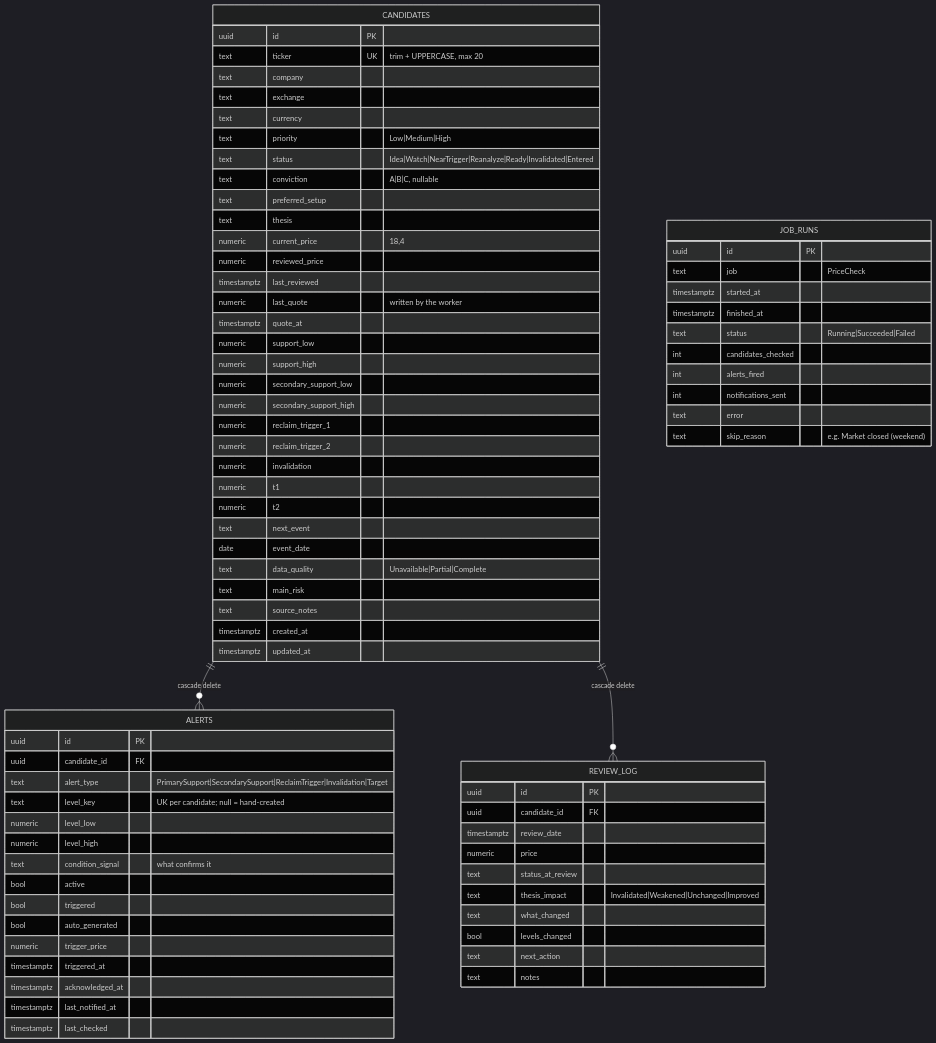
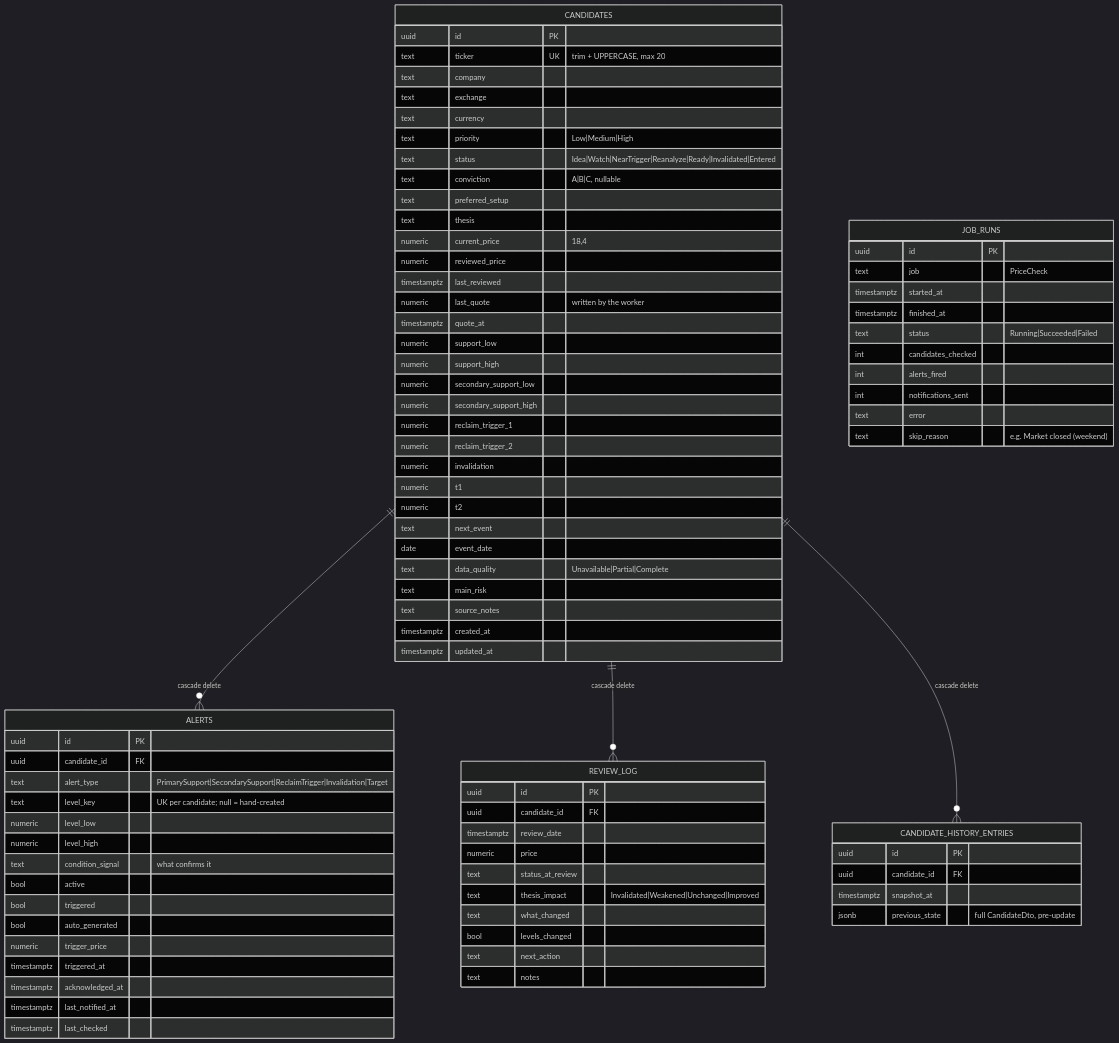
Before and after one commit to Darkamui/StonkWatch: the first of 2 diagrams in docs/data-model.md, drawn with Mermaid (dark theme). The commit also changed other lines of this file and 30 other files, not shown here.

````diff
--- a/docs/data-model.md
+++ b/docs/data-model.md
@@ -8,6 +8,7 @@
 erDiagram
     CANDIDATES ||--o{ ALERTS : "cascade delete"
     CANDIDATES ||--o{ REVIEW_LOG : "cascade delete"
+    CANDIDATES ||--o{ CANDIDATE_HISTORY_ENTRIES : "cascade delete"
     JOB_RUNS {
         uuid id PK
         text job "PriceCheck"
@@ -85,4 +86,11 @@
         text next_action
         text notes
     }
+
+    CANDIDATE_HISTORY_ENTRIES {
+        uuid id PK
+        uuid candidate_id FK
+        timestamptz snapshot_at
+        jsonb previous_state "full CandidateDto, pre-update"
+    }
 ```
````
